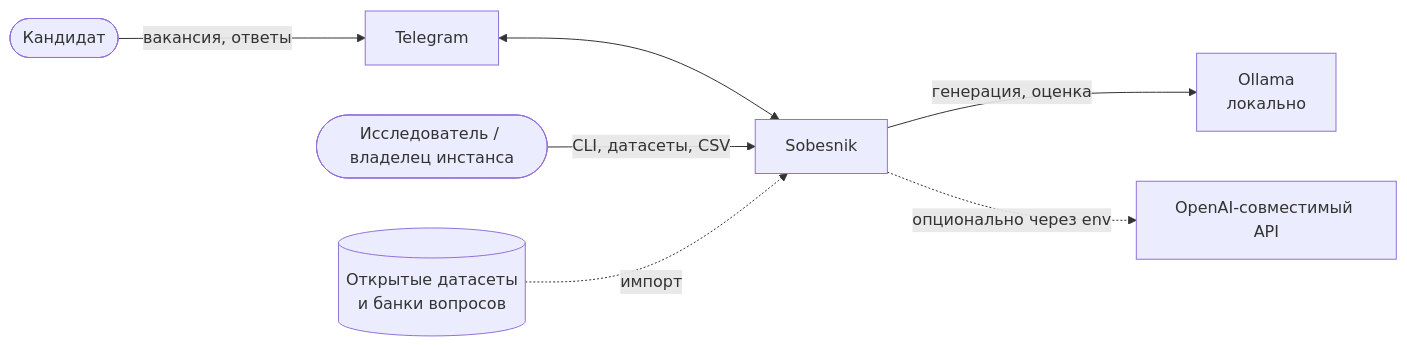
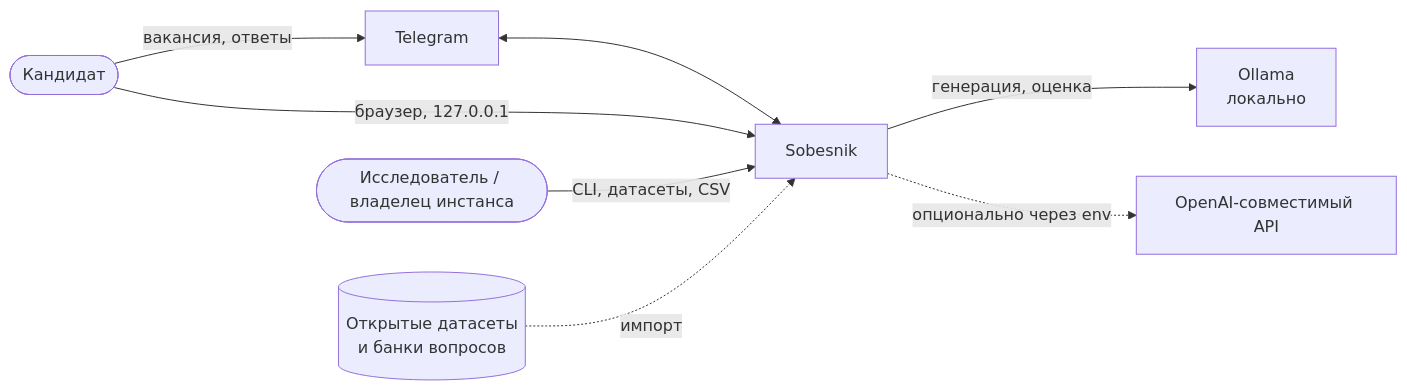
Before and after one commit to lama2x2/sobesnik: the first of 2 diagrams in docs/specs/000-overview.md, drawn with Mermaid. The commit also changed other lines of this file and 5 other files, not shown here.

````diff
--- a/docs/specs/000-overview.md
+++ b/docs/specs/000-overview.md
@@ -212,9 +213,10 @@
 ```mermaid
 flowchart LR
     cand([Кандидат]) -->|вакансия, ответы| tg[Telegram]
     tg <--> sob[Sobesnik]
+    cand -->|браузер, 127.0.0.1| sob
     res([Исследователь / владелец инстанса]) -->|CLI, датасеты, CSV| sob
     sob -->|генерация, оценка| ollama[Ollama\nлокально]
     sob -.->|опционально через env| cloud[OpenAI-совместимый API]
     data[(Открытые датасеты\nи банки вопросов)] -.->|импорт| sob
 ```
````
